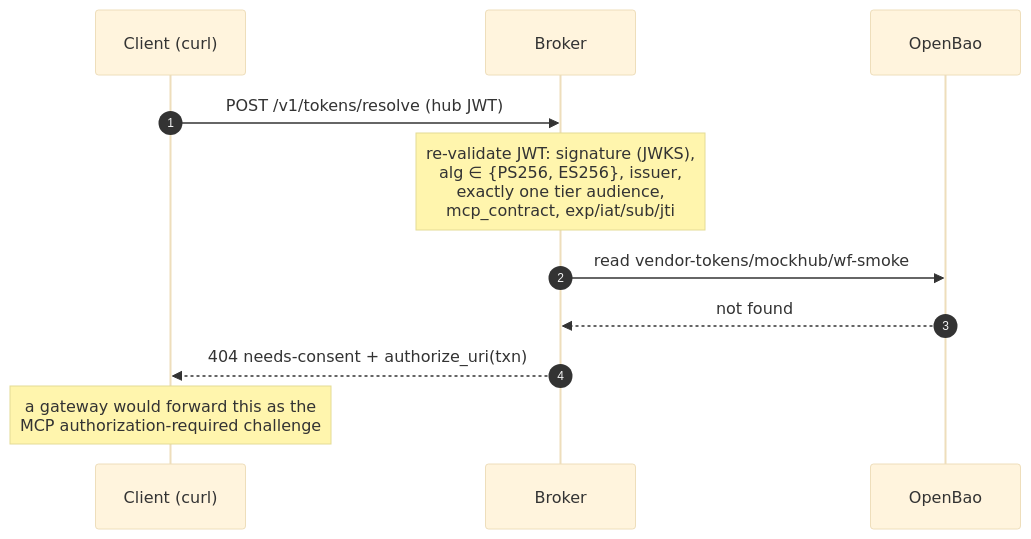
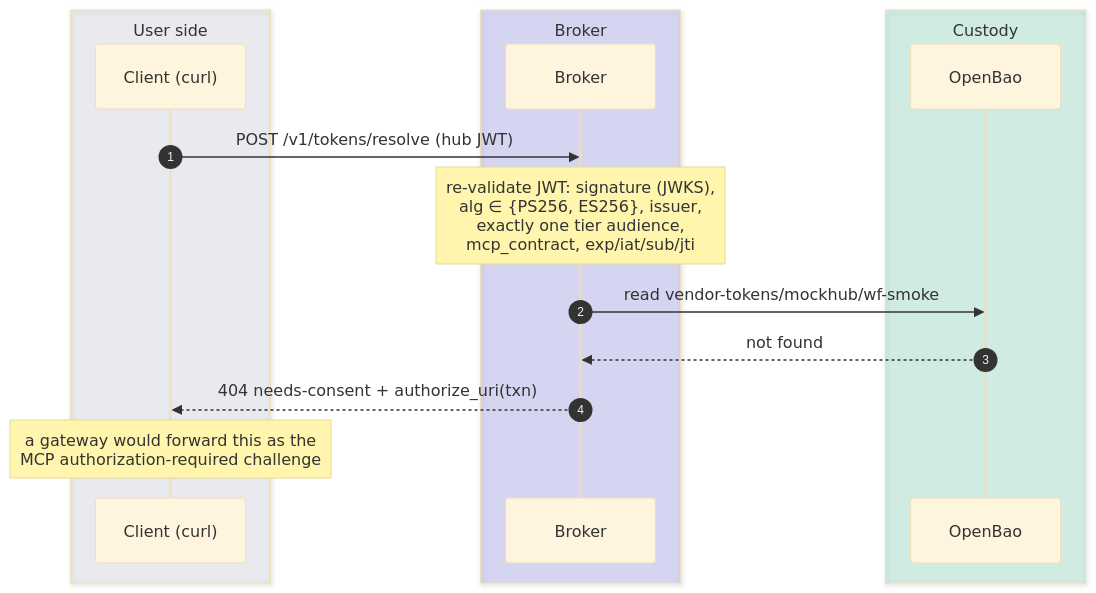
The second of 7 diagrams in docs/smoke-tests.md (chief-builder/vendor-token-broker), drawn with Mermaid (base theme) before and after one commit. The commit also changed other lines of this file and 1 other file, not shown here.

First line of the commit message:
docs: theme-aware diagram colors + decluttered orientation map

````diff
--- a/docs/smoke-tests.md
+++ b/docs/smoke-tests.md
@@ -93,13 +104,19 @@
 ```mermaid
 sequenceDiagram
     autonumber
-    participant C as Client (curl)
-    participant B as Broker
-    participant V as OpenBao
+    box rgba(148,163,184,0.14) User side
+        participant C as Client (curl)
+    end
+    box rgba(99,102,241,0.20) Broker
+        participant B as Broker
+    end
+    box rgba(16,185,129,0.16) Custody
+        participant V as OpenBao
+    end
     C->>B: POST /v1/tokens/resolve (hub JWT)
     Note over B: re-validate JWT: signature (JWKS),<br/>alg ∈ {PS256, ES256}, issuer,<br/>exactly one tier audience,<br/>mcp_contract, exp/iat/sub/jti
     B->>V: read vendor-tokens/mockhub/wf-smoke
     V-->>B: not found
     B-->>C: 404 needs-consent + authorize_uri(txn)
     Note over C: a gateway would forward this as the<br/>MCP authorization-required challenge
 ```
````
